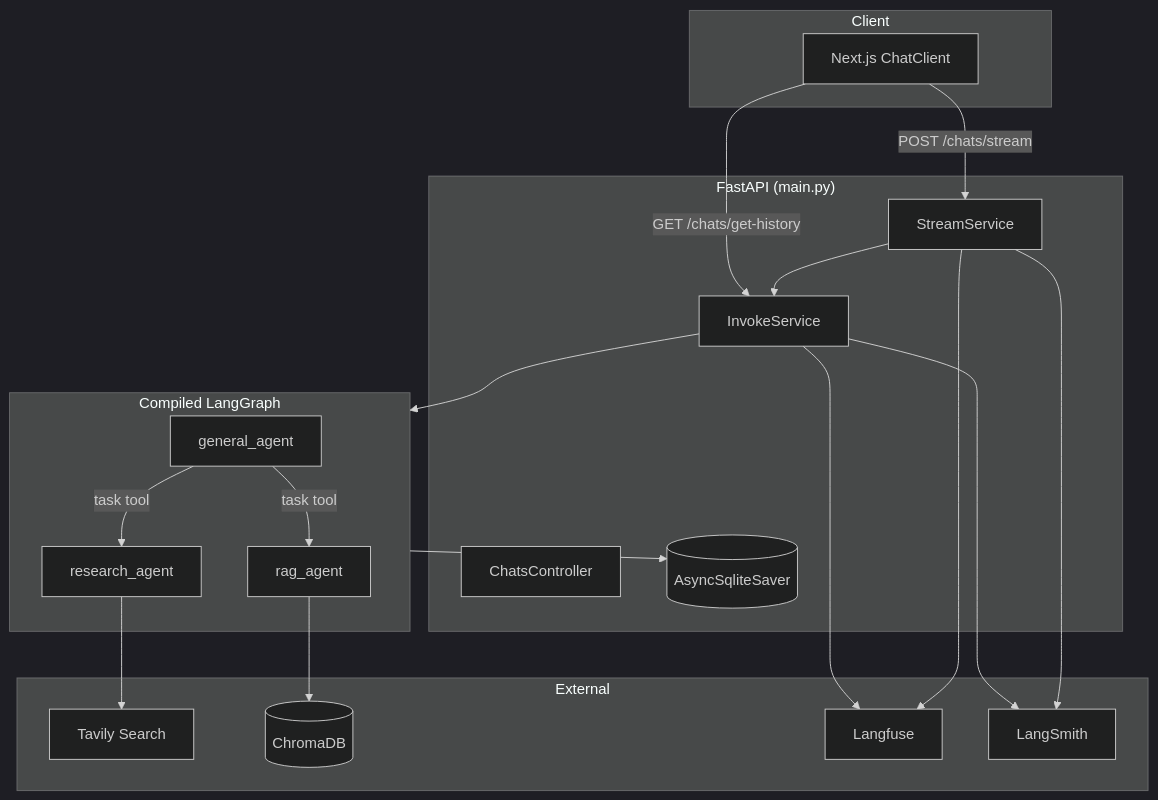
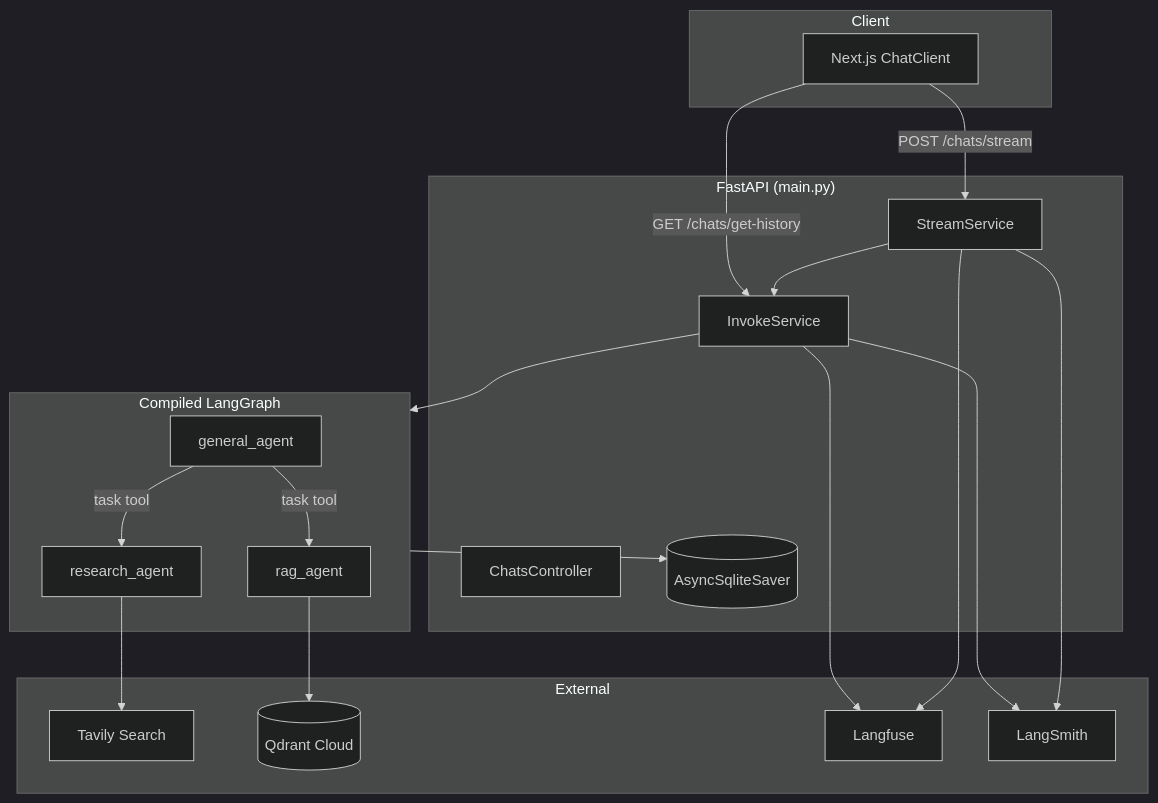
Before and after one commit to Edwinian/deep-agent: the first of 6 diagrams in documentation.md, drawn with Mermaid (dark theme). The commit also changed other lines of this file and 8 other files, not shown here.

First line of the commit message:
Migrate RAG vector store from ChromaDB to Qdrant Cloud

````diff
--- a/documentation.md
+++ b/documentation.md
@@ -53,40 +53,40 @@
 ```mermaid
 flowchart TB
     subgraph Client
         UI[Next.js ChatClient]
     end
 
     subgraph API["FastAPI (main.py)"]
         CC[ChatsController]
         IS[InvokeService]
         SS[StreamService]
         CP[(AsyncSqliteSaver)]
     end
 
     subgraph Graph["Compiled LangGraph"]
         GA[general_agent]
         RA[research_agent]
         RAG[rag_agent]
         GA -->|task tool| RA
         GA -->|task tool| RAG
     end
 
     subgraph External
         Tavily[Tavily Search]
-        Chroma[(ChromaDB)]
+        Qdrant[(Qdrant Cloud)]
         LF[Langfuse]
         LS[LangSmith]
     end
 
     UI -->|POST /chats/stream| SS
     UI -->|GET /chats/get-history| IS
     SS --> IS
     IS --> Graph
     Graph --> CP
     RA --> Tavily
-    RAG --> Chroma
+    RAG --> Qdrant
     IS --> LF
     IS --> LS
     SS --> LF
     SS --> LS
 ```
````
